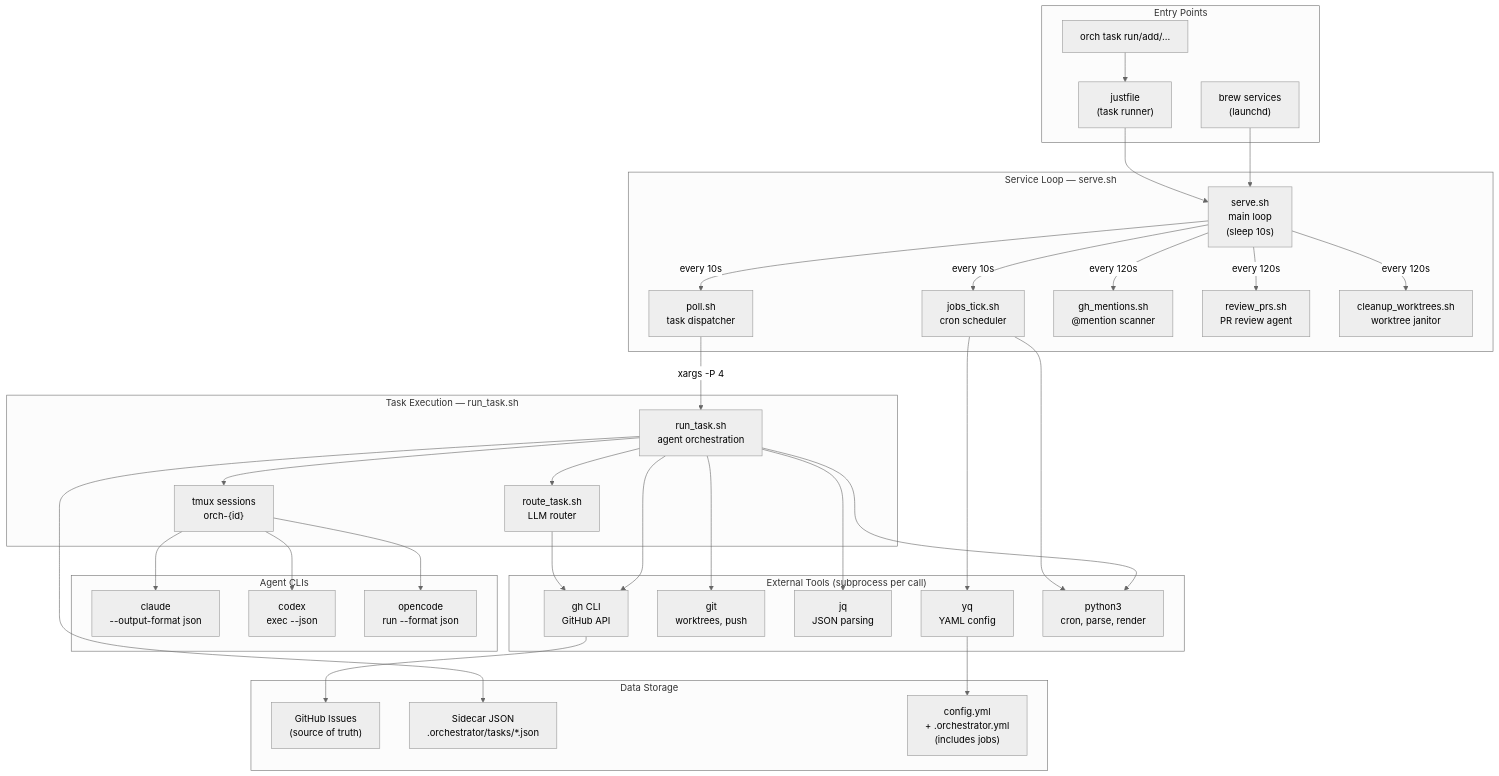
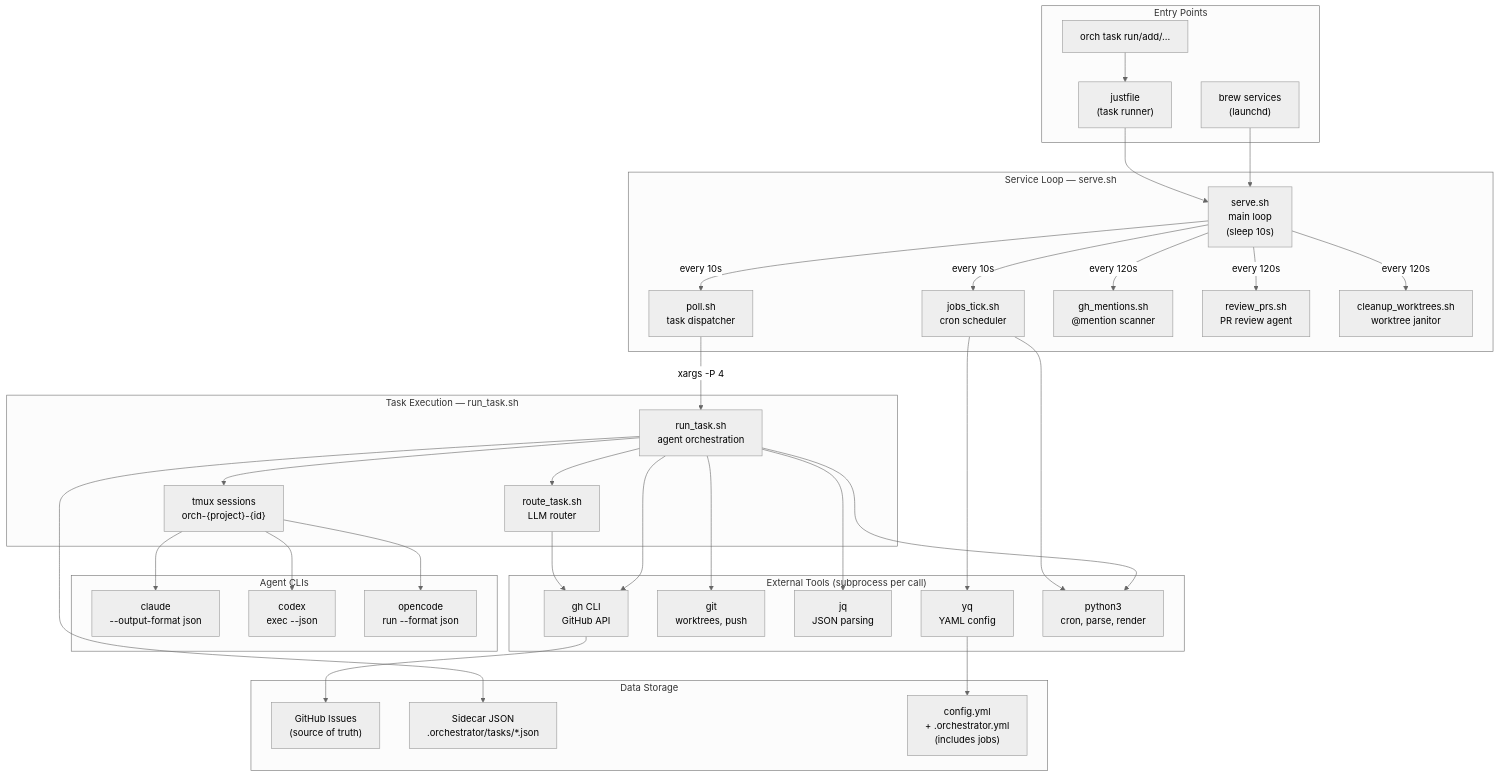
One commit to gabrielkoerich/orch changed the first of 3 diagrams in PLAN.md. Above: the diagram before and after it, drawn with Mermaid (neutral theme). The commit also changed other lines of this file and 11 other files, not shown here.

First line of the commit message:
refactor: project-aware tmux naming, separate ~/.orch, simplify service

````diff
--- a/PLAN.md
+++ b/PLAN.md
@@ -26,70 +26,70 @@
 ```mermaid
 graph TB
     subgraph "Entry Points"
         BREW["brew services<br/>(launchd)"]
         CLI["orch task run/add/..."]
         JUST["justfile<br/>(task runner)"]
     end
 
     subgraph "Service Loop — serve.sh"
         SERVE["serve.sh<br/>main loop<br/>(sleep 10s)"]
         POLL["poll.sh<br/>task dispatcher"]
         JOBS["jobs_tick.sh<br/>cron scheduler"]
         MENTIONS["gh_mentions.sh<br/>@mention scanner"]
         REVIEW["review_prs.sh<br/>PR review agent"]
         CLEANUP["cleanup_worktrees.sh<br/>worktree janitor"]
     end
 
     subgraph "Task Execution — run_task.sh"
         ROUTE["route_task.sh<br/>LLM router"]
         RUN["run_task.sh<br/>agent orchestration"]
-        TMUX["tmux sessions<br/>orch-{id}"]
+        TMUX["tmux sessions<br/>orch-{project}-{id}"]
     end
 
     subgraph "Agent CLIs"
         CLAUDE["claude<br/>--output-format json"]
         CODEX["codex<br/>exec --json"]
         OPENCODE["opencode<br/>run --format json"]
     end
 
     subgraph "External Tools (subprocess per call)"
         GH["gh CLI<br/>GitHub API"]
         GIT["git<br/>worktrees, push"]
         JQ["jq<br/>JSON parsing"]
         YQ["yq<br/>YAML config"]
         PY["python3<br/>cron, parse, render"]
     end
 
     subgraph "Data Storage"
         ISSUES["GitHub Issues<br/>(source of truth)"]
         SIDECAR["Sidecar JSON<br/>.orchestrator/tasks/*.json"]
         CONFIG["config.yml<br/>+ .orchestrator.yml<br/>(includes jobs)"]
     end
 
     BREW --> SERVE
     CLI --> JUST --> SERVE
     SERVE -->|"every 10s"| POLL
     SERVE -->|"every 10s"| JOBS
     SERVE -->|"every 120s"| MENTIONS
     SERVE -->|"every 120s"| REVIEW
     SERVE -->|"every 120s"| CLEANUP
 
     POLL -->|"xargs -P 4"| RUN
     RUN --> ROUTE
     RUN --> TMUX
     TMUX --> CLAUDE
     TMUX --> CODEX
     TMUX --> OPENCODE
 
     RUN --> GH
     RUN --> GIT
     RUN --> JQ
     RUN --> PY
     JOBS --> YQ
     JOBS --> PY
     ROUTE --> GH
 
     GH --> ISSUES
     RUN --> SIDECAR
     YQ --> CONFIG
 ```
````
